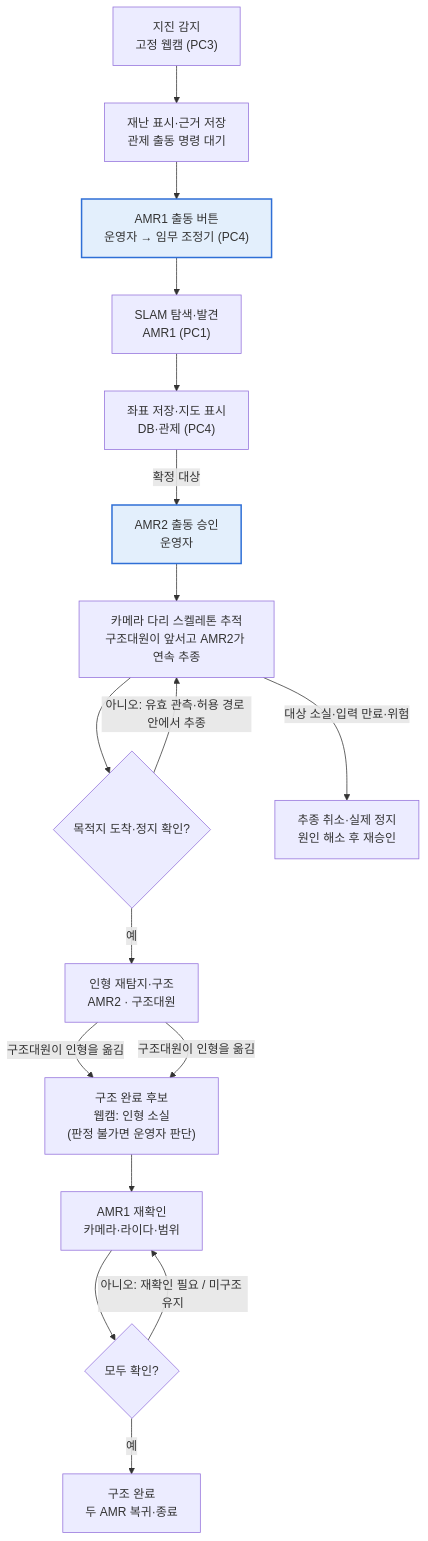
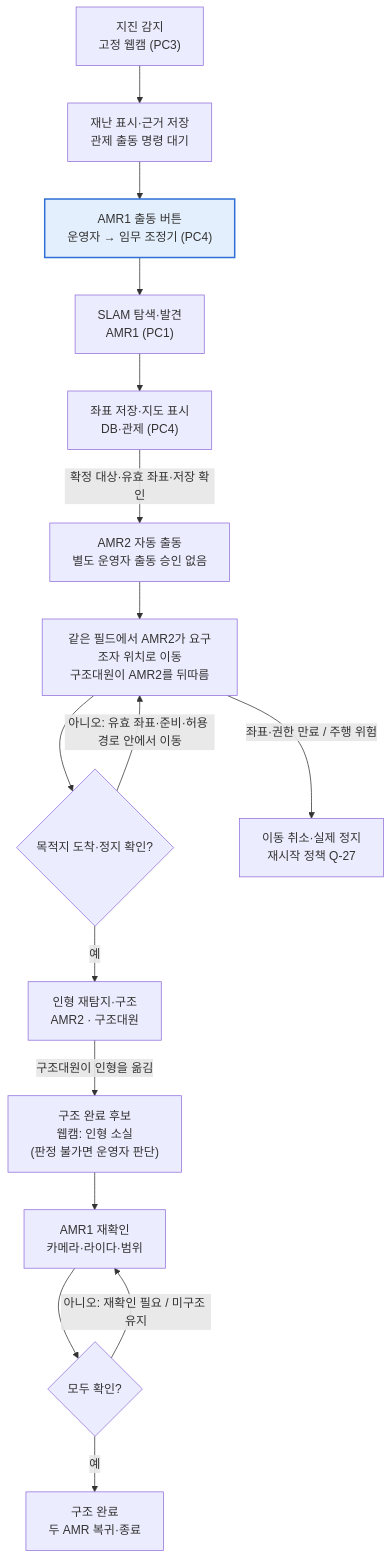
One commit to mi1nn/ROKEY-7-public changed the diagram in docs/requirements/brd-v0.2.md. Above: the diagram before and after it, drawn with Mermaid. The commit also changed other lines of this file and 2 other files, not shown here.

Commit message:
docs: change AMR2 to automatic support with person following

````diff
--- a/docs/requirements/brd-v0.2.md
+++ b/docs/requirements/brd-v0.2.md
@@ -46,21 +48,21 @@
 ```mermaid
 flowchart TD
   A["지진 감지<br/>고정 웹캠 (PC3)"] --> W["재난 표시·근거 저장<br/>관제 출동 명령 대기"]
   W --> B["AMR1 출동 버튼<br/>운영자 → 임무 조정기 (PC4)"]
   B --> C["SLAM 탐색·발견<br/>AMR1 (PC1)"]
   C --> D["좌표 저장·지도 표시<br/>DB·관제 (PC4)"]
-  D -- "확정 대상" --> E["AMR2 출동 승인<br/>운영자"]
-  E --> F["카메라 다리 스켈레톤 추적<br/>구조대원이 앞서고 AMR2가 연속 추종"]
+  D -- "확정 대상·유효 좌표·저장 확인" --> E["AMR2 자동 출동<br/>별도 운영자 출동 승인 없음"]
+  E --> F["같은 필드에서 AMR2가 요구조자 위치로 이동<br/>구조대원이 AMR2를 뒤따름"]
   F --> G{"목적지 도착·정지 확인?"}
-  G -- "아니오: 유효 관측·허용 경로 안에서 추종" --> F
+  G -- "아니오: 유효 좌표·준비·허용 경로 안에서 이동" --> F
   G -- "예" --> H["인형 재탐지·구조<br/>AMR2 · 구조대원"]
-  F -- "대상 소실·입력 만료·위험" --> S["추종 취소·실제 정지<br/>원인 해소 후 재승인"]
-  H -- "구조대원이 인형을 옮김" --> I["구조 완료 후보<br/>웹캠: 인형 소실"]
+  F -- "좌표·권한 만료 / 주행 위험" --> S["이동 취소·실제 정지<br/>재시작 정책 Q-27"]
+
   H -- "구조대원이 인형을 옮김" --> I["구조 완료 후보<br/>웹캠: 인형 소실<br/>(판정 불가면 운영자 판단)"]
   I --> J["AMR1 재확인<br/>카메라·라이다·범위"]
   J --> K{"모두 확인?"}
   K -- "아니오: 재확인 필요 / 미구조 유지" --> J
   K -- "예" --> L["구조 완료<br/>두 AMR 복귀·종료"]
   classDef approve fill:#e3effc,stroke:#2f6fd6,stroke-width:2px
-  class B,E approve
+  class B approve
 ```
````
